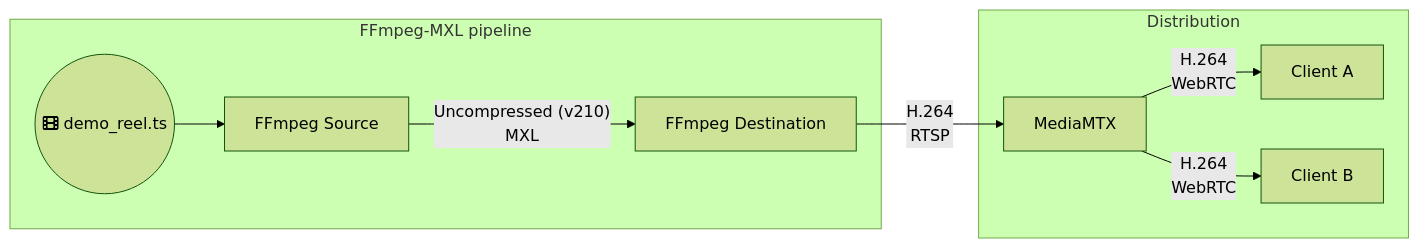
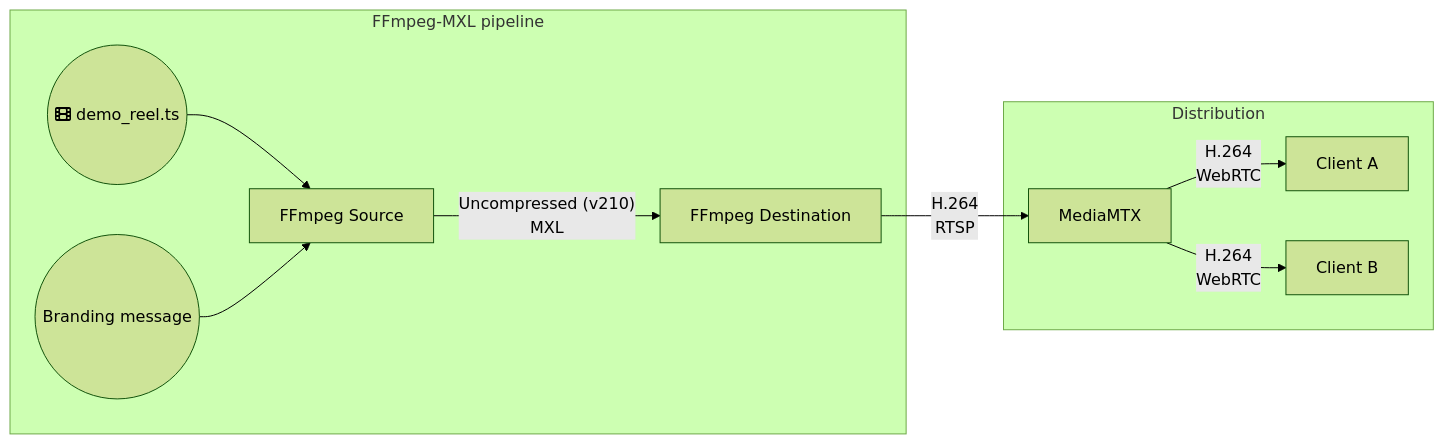
Before and after one commit to cbcrc/guidance-for-building-ffmpeg-with-mxl: the diagram in demos/README.md, drawn with Mermaid (forest theme). The commit also changed other lines of this file, not shown here.

Commit message:
demos: update graph

````diff
--- a/demos/README.md
+++ b/demos/README.md
@@ -3,12 +3,13 @@
 ```mermaid
 graph LR
     subgraph "FFmpeg-MXL pipeline"
     A0((fa:fa-film demo_reel.ts)) --> A[FFmpeg Source] -- "Uncompressed (v210)<br/> MXL" --> B[FFmpeg Destination]
+    A1((Branding message)) --> A
     end
 
     subgraph "Distribution"
     B -- "H.264<br/> RTSP" --> C[MediaMTX]
     C -- "H.264<br/> WebRTC" --> D[Client A]
     C -- "H.264<br/> WebRTC" --> E[Client B]
     end
 ```
````
